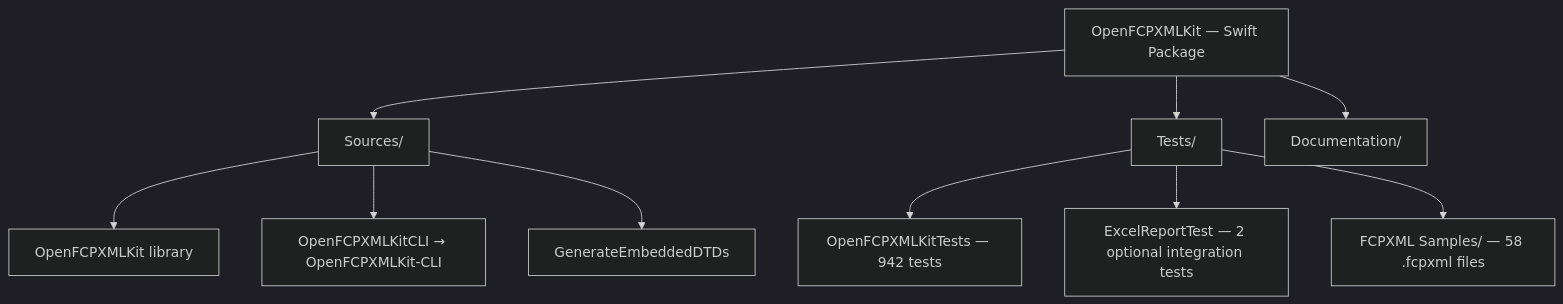
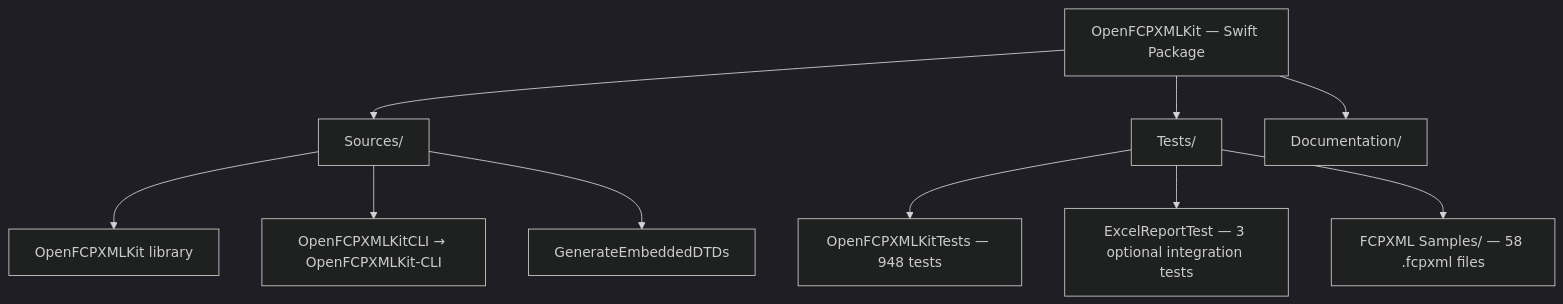
The first of 4 diagrams in ARCHITECTURE.md (TheAcharya/OpenFCPXMLKit), drawn with Mermaid (dark theme) before and after one commit. The commit also changed other lines of this file and 15 other files, not shown here.

````diff
--- a/ARCHITECTURE.md
+++ b/ARCHITECTURE.md
@@ -153,16 +153,16 @@
 ```mermaid
 flowchart TB
     Pkg["OpenFCPXMLKit — Swift Package"]
 
     Pkg --> SRC["Sources/"]
     Pkg --> TST["Tests/"]
     Pkg --> DOC["Documentation/"]
 
     SRC --> LIB["OpenFCPXMLKit library"]
     SRC --> CLI["OpenFCPXMLKitCLI → OpenFCPXMLKit-CLI"]
     SRC --> GEN["GenerateEmbeddedDTDs"]
 
-    TST --> OKT["OpenFCPXMLKitTests — 942 tests"]
-    TST --> ERT["ExcelReportTest — 2 optional integration tests"]
+    TST --> OKT["OpenFCPXMLKitTests — 948 tests"]
+    TST --> ERT["ExcelReportTest — 3 optional integration tests"]
     TST --> SMP["FCPXML Samples/ — 58 .fcpxml files"]
 ```
````
